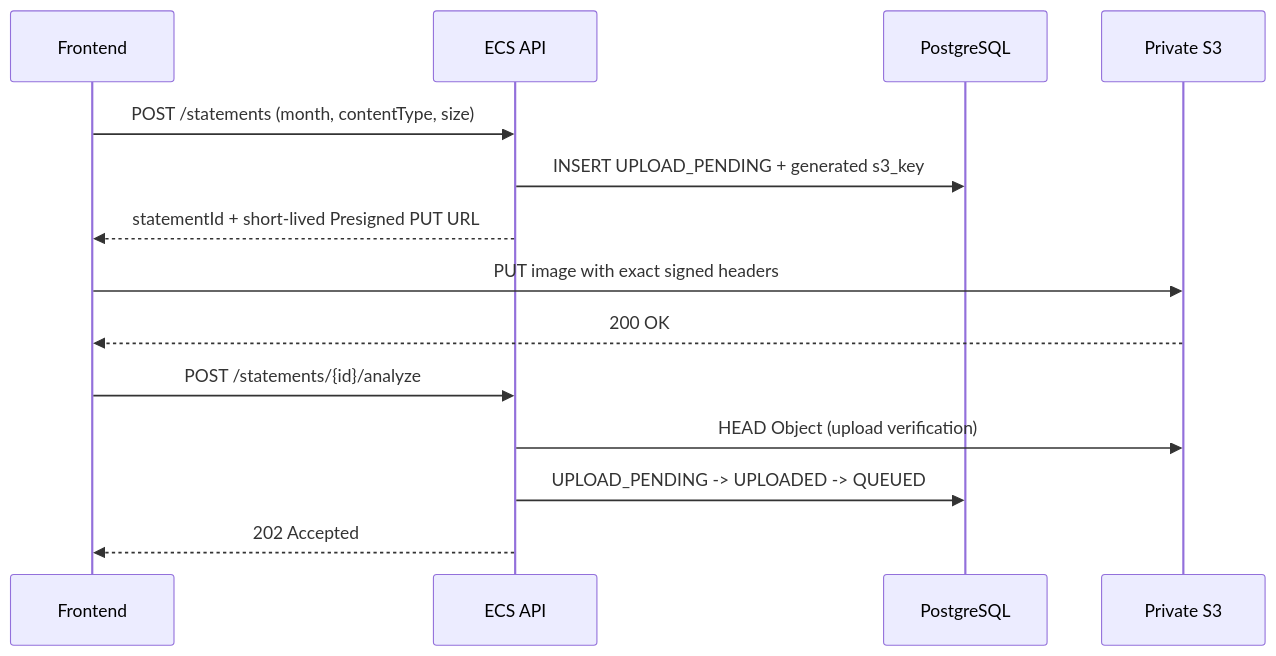
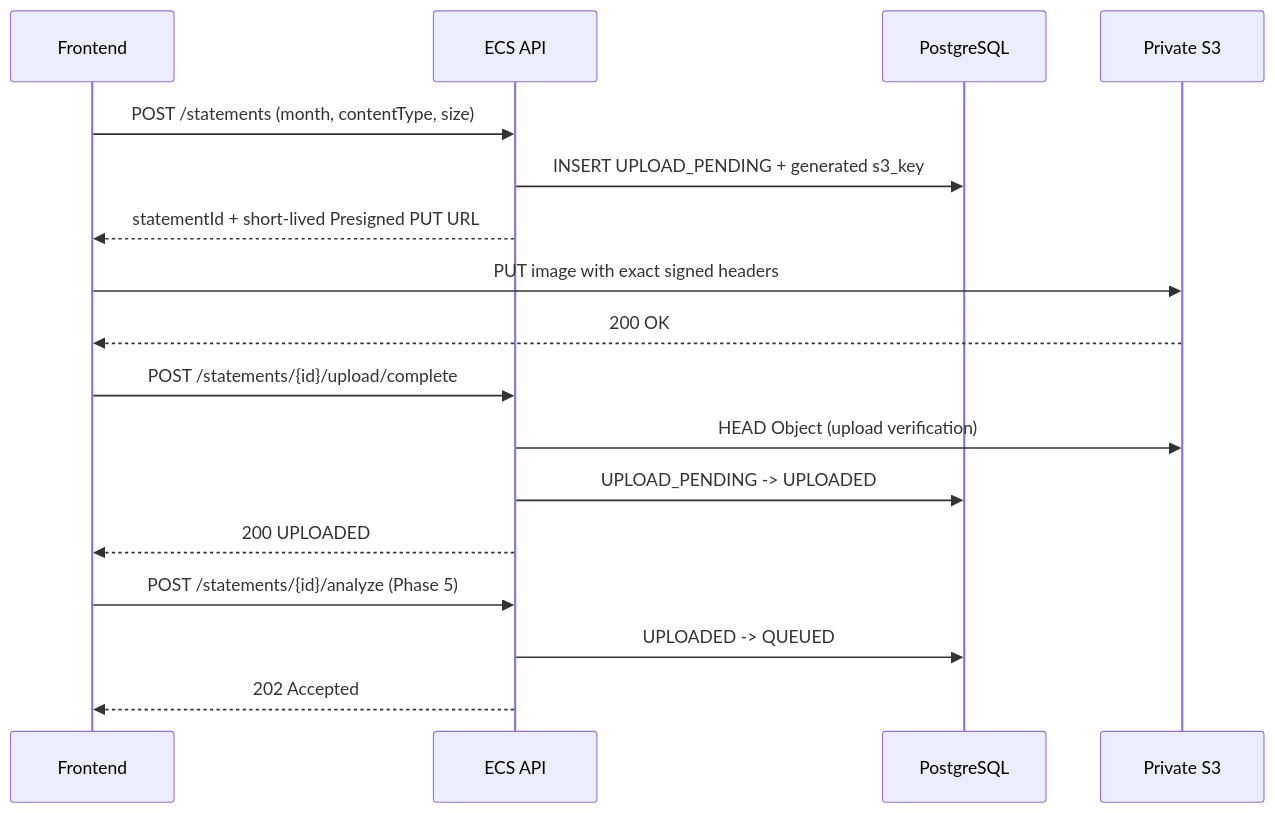
One commit to tiri641/ai-statement-analyzer changed the second of 5 diagrams in ARCHITECTURE.md. Above: the diagram before and after it, drawn with Mermaid. The commit also changed other lines of this file and 30 other files, not shown here.

````diff
--- a/ARCHITECTURE.md
+++ b/ARCHITECTURE.md
@@ -47,17 +47,20 @@
 ```mermaid
 sequenceDiagram
     participant FE as Frontend
     participant API as ECS API
     participant DB as PostgreSQL
     participant S3 as Private S3
 
     FE->>API: POST /statements (month, contentType, size)
     API->>DB: INSERT UPLOAD_PENDING + generated s3_key
     API-->>FE: statementId + short-lived Presigned PUT URL
     FE->>S3: PUT image with exact signed headers
     S3-->>FE: 200 OK
-    FE->>API: POST /statements/{id}/analyze
+    FE->>API: POST /statements/{id}/upload/complete
     API->>S3: HEAD Object (upload verification)
-    API->>DB: UPLOAD_PENDING -> UPLOADED -> QUEUED
+    API->>DB: UPLOAD_PENDING -> UPLOADED
+    API-->>FE: 200 UPLOADED
+    FE->>API: POST /statements/{id}/analyze (Phase 5)
+    API->>DB: UPLOADED -> QUEUED
     API-->>FE: 202 Accepted
 ```
````
